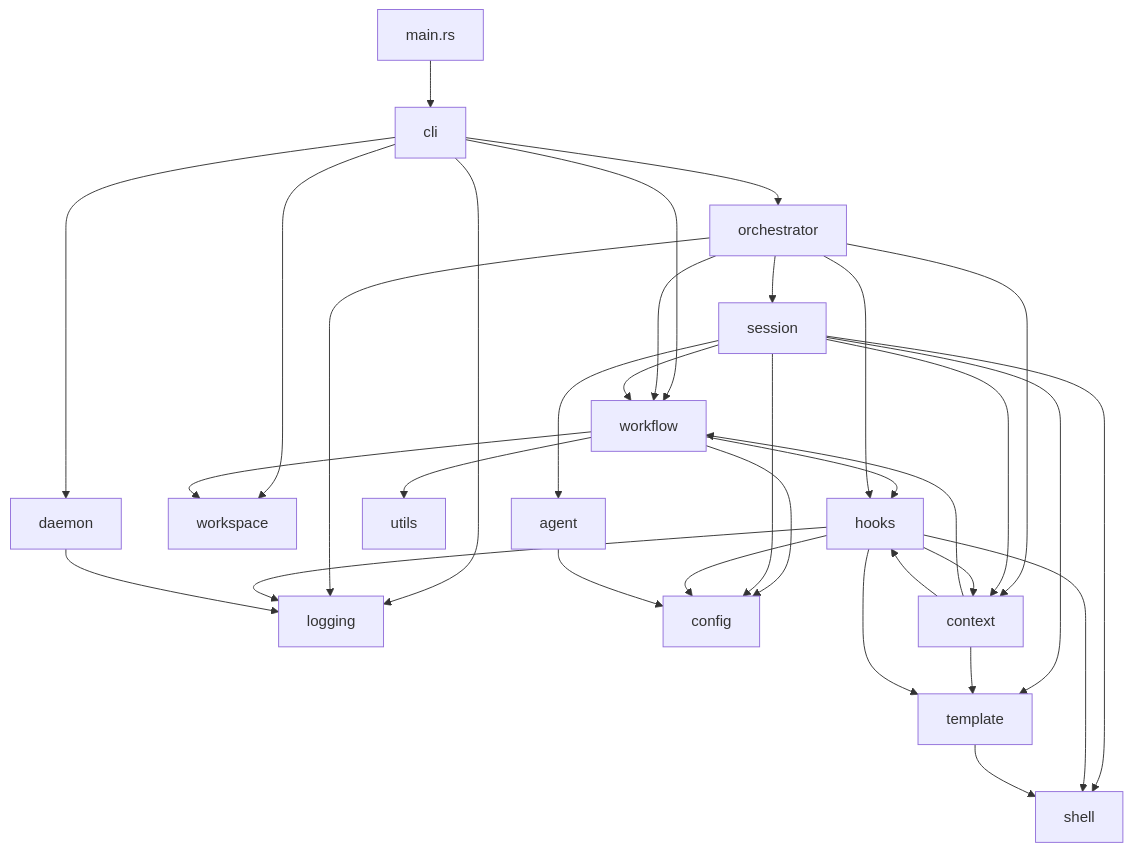
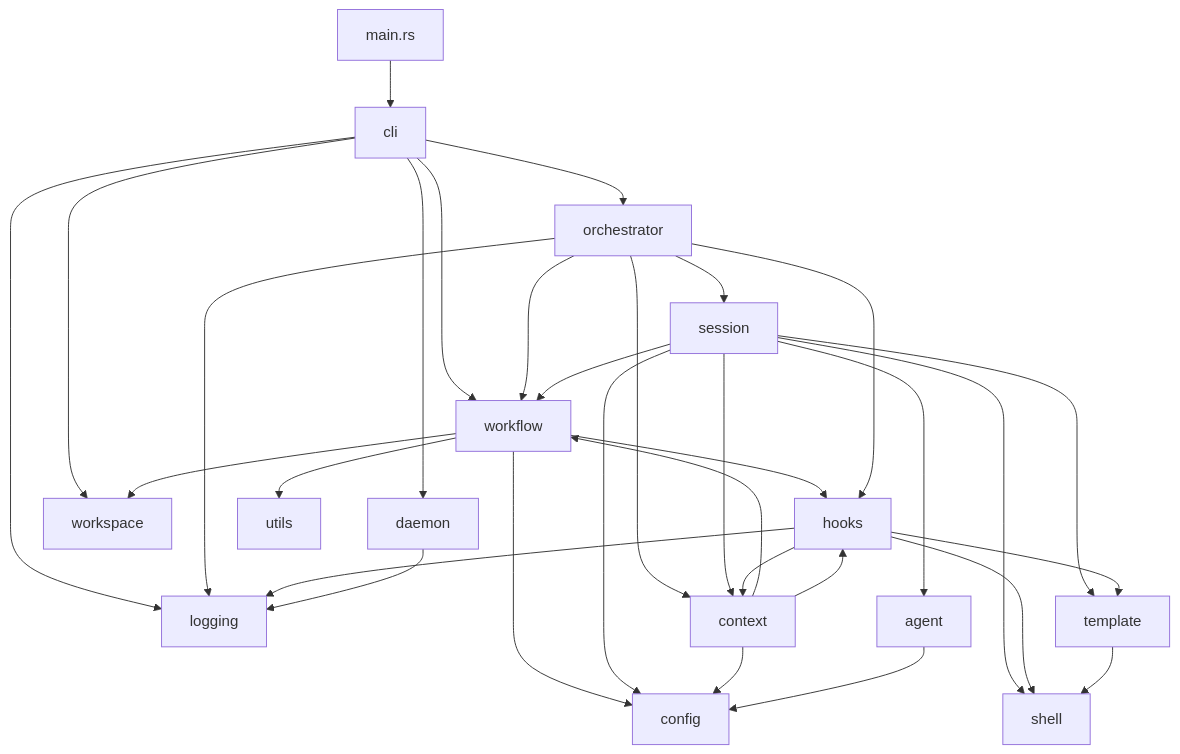
One commit to yii-labs/vik changed the first of 2 diagrams in docs/development/architecture.md. Above: the diagram before and after it, drawn with Mermaid. The commit also changed other lines of this file and 12 other files, not shown here.

````diff
--- a/docs/development/architecture.md
+++ b/docs/development/architecture.md
@@ -49,41 +49,40 @@
 ```mermaid
 graph TD
     main[main.rs] --> cli[cli]
     cli --> workflow[workflow]
     cli --> daemon[daemon]
     cli --> logging[logging]
     cli --> orchestrator[orchestrator]
     cli --> workspace[workspace]
 
     workflow --> config[config]
     workflow --> hooks[hooks]
     workflow --> workspace
     workflow --> utils[utils]
 
     orchestrator --> workflow
     orchestrator --> session[session]
     orchestrator --> hooks
     orchestrator --> context[context]
     orchestrator --> logging
 
     session --> agent[agent]
     session --> config
     session --> context
     session --> shell[shell]
     session --> template[template]
     session --> workflow
 
     context --> workflow
+    context --> config
     context --> hooks
-    context --> template
 
-    hooks --> config
     hooks --> context
     hooks --> logging
     hooks --> shell
     hooks --> template
 
     agent --> config
     template --> shell
     daemon --> logging
 ```
````
